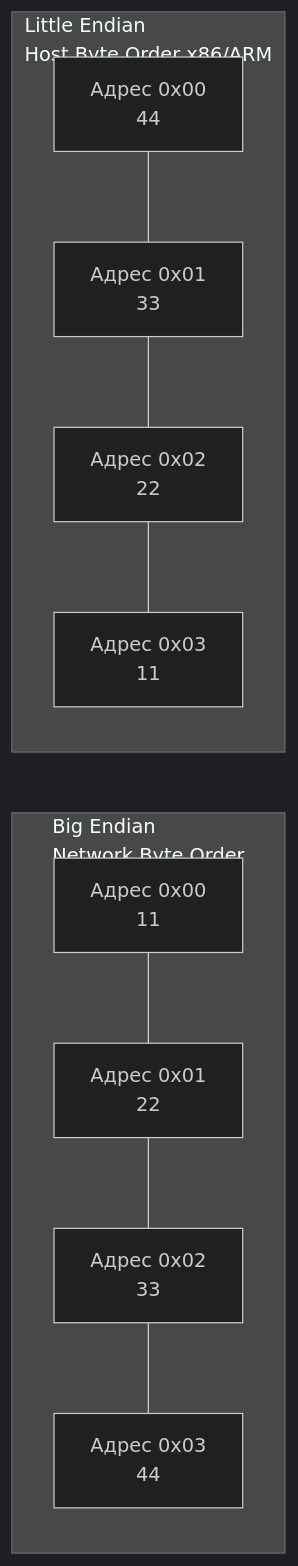
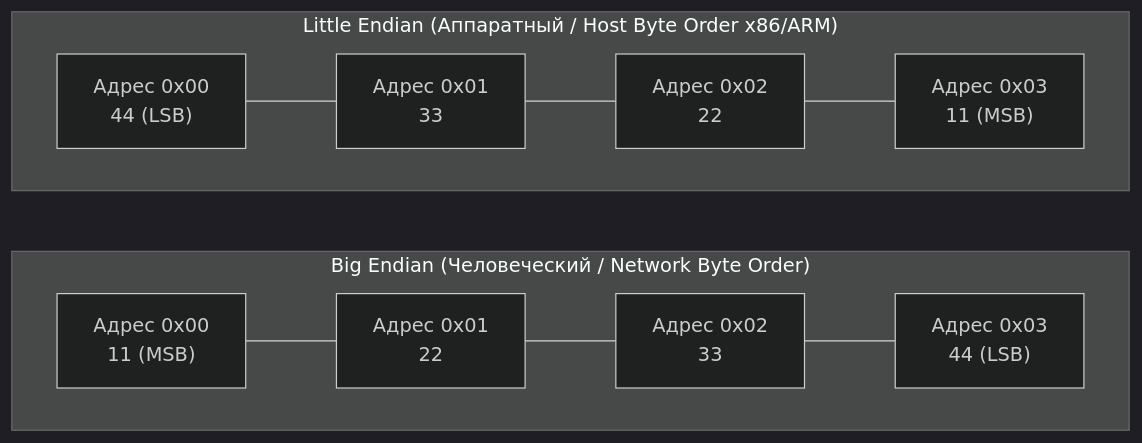
The diagram in sources/1. Архитектура компьютера/26. Endianness. Little Endian vs Big Endian.md (UnrealTemplier/go-textbook), drawn with Mermaid (dark theme) before and after one commit. The commit also changed other lines of this file, not shown here.

Commit message:
feat(module-01): editorial rewrite of Article 26 (Endianness, Network Byte Order) in Kernighan style

````diff
--- a/sources/1. Архитектура компьютера/26. Endianness. Little Endian vs Big Endian.md
+++ b/sources/1. Архитектура компьютера/26. Endianness. Little Endian vs Big Endian.md
@@ -45,9 +58,12 @@
 ```mermaid
 flowchart LR
-    subgraph BE["Big Endian<br>Network Byte Order"]
-        B0["Адрес 0x00<br>11"] --- B1["Адрес 0x01<br>22"] --- B2["Адрес 0x02<br>33"] --- B3["Адрес 0x03<br>44"]
+    subgraph BE["Big Endian (Человеческий / Network Byte Order)"]
+        direction LR
+        B0["Адрес 0x00<br>11 (MSB)"] --- B1["Адрес 0x01<br>22"] --- B2["Адрес 0x02<br>33"] --- B3["Адрес 0x03<br>44 (LSB)"]
     end
-    subgraph LE["Little Endian<br>Host Byte Order x86/ARM"]
-        L0["Адрес 0x00<br>44"] --- L1["Адрес 0x01<br>33"] --- L2["Адрес 0x02<br>22"] --- L3["Адрес 0x03<br>11"]
+
+    subgraph LE["Little Endian (Аппаратный / Host Byte Order x86/ARM)"]
+        direction LR
+        L0["Адрес 0x00<br>44 (LSB)"] --- L1["Адрес 0x01<br>33"] --- L2["Адрес 0x02<br>22"] --- L3["Адрес 0x03<br>11 (MSB)"]
     end
 ```
````
